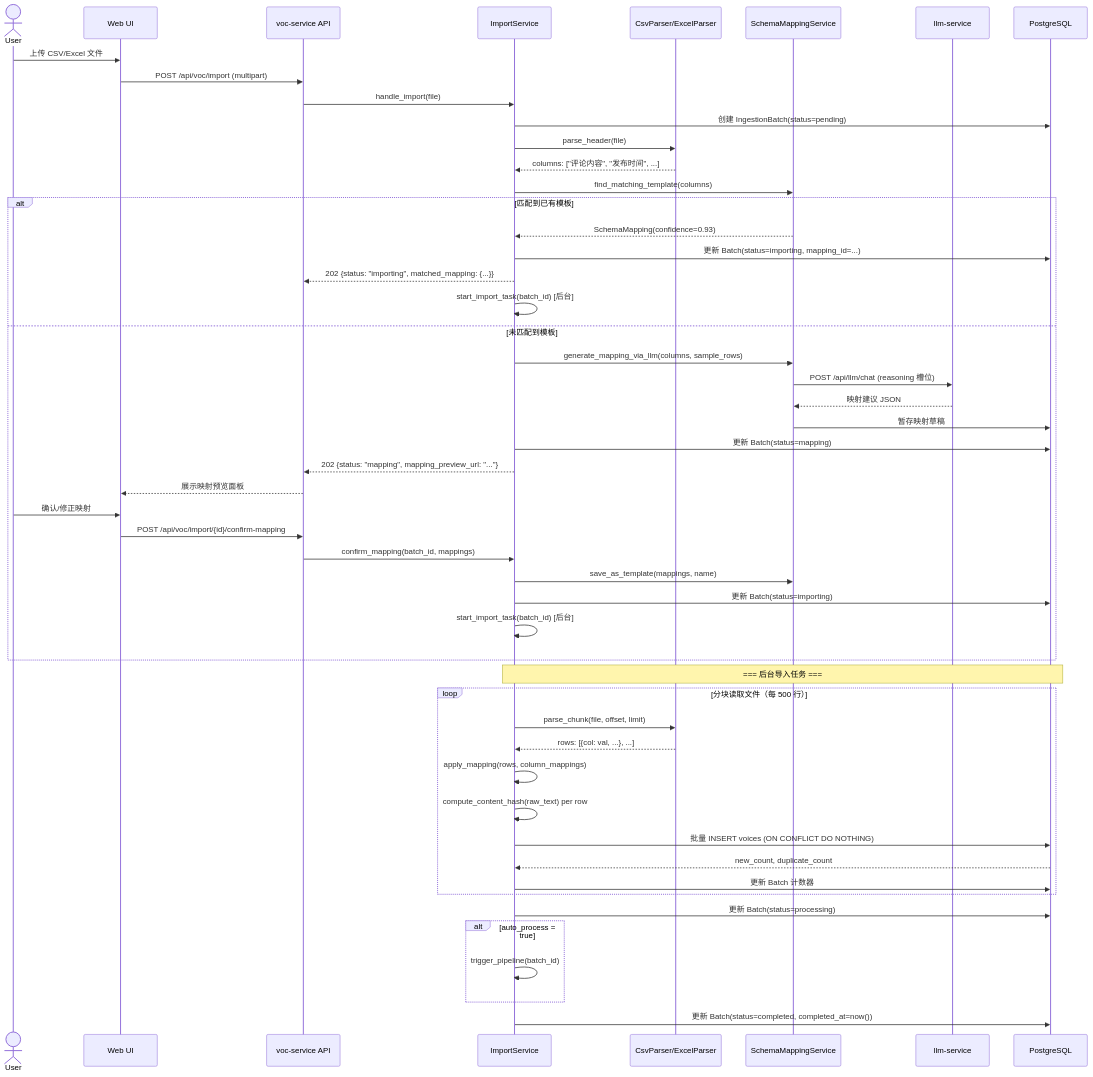
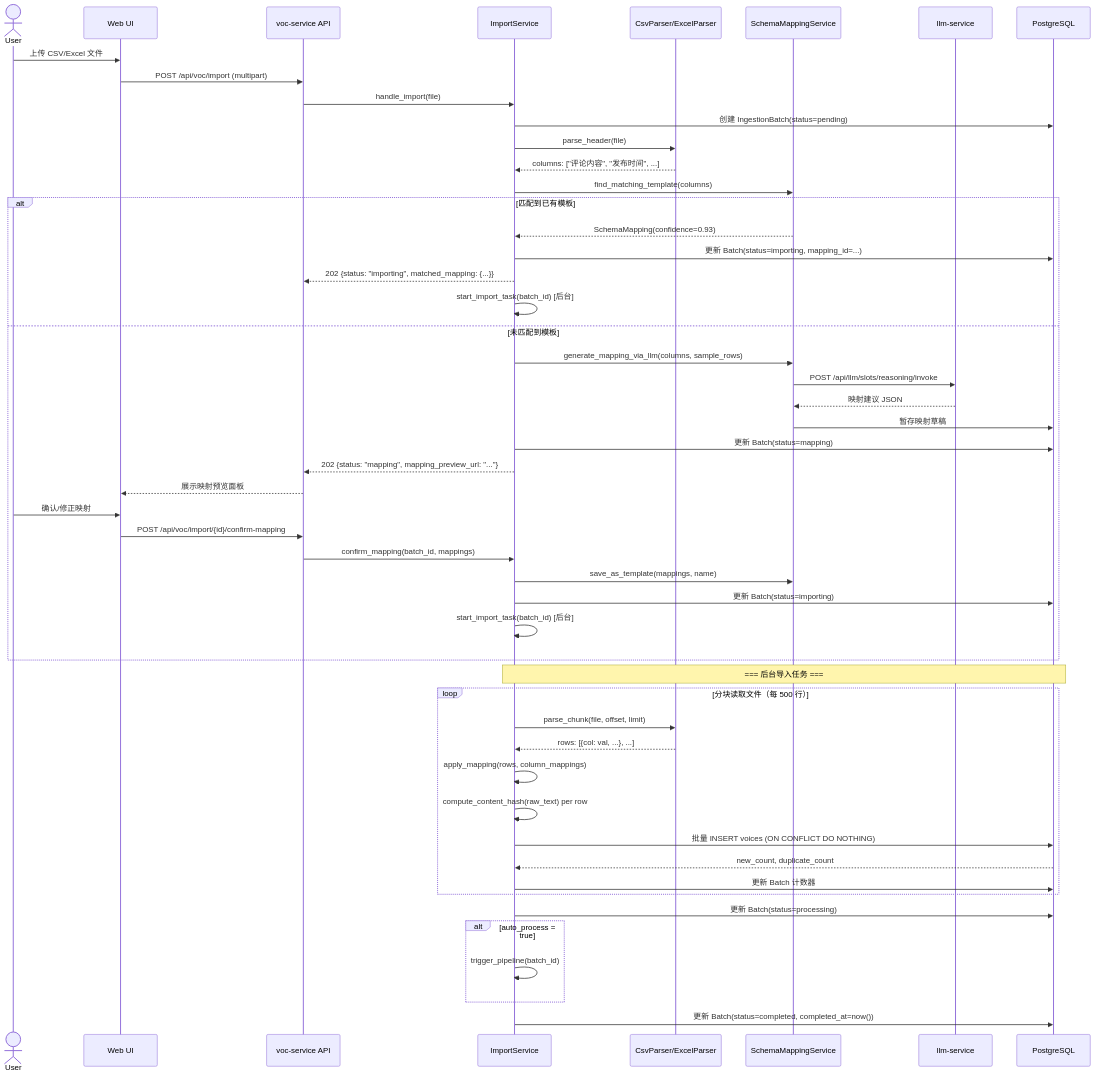
The first of 4 diagrams in docs/designs/voc-service/design.md (tianjon/prism-micro), drawn with Mermaid before and after one commit. The commit also changed other lines of this file, not shown here.

First line of the commit message:
docs: 修正 voc-service 设计文档中 LLM 端点与调用模式，对齐 llm-service 实际实现

````diff
--- a/docs/designs/voc-service/design.md
+++ b/docs/designs/voc-service/design.md
@@ -1032,62 +1032,62 @@
 ```mermaid
 sequenceDiagram
     actor User
     participant Web as Web UI
     participant API as voc-service API
     participant Core as ImportService
     participant Parser as CsvParser/ExcelParser
     participant Mapping as SchemaMappingService
     participant LLM as llm-service
     participant DB as PostgreSQL
 
     User->>Web: 上传 CSV/Excel 文件
     Web->>API: POST /api/voc/import (multipart)
     API->>Core: handle_import(file)
 
     Core->>DB: 创建 IngestionBatch(status=pending)
     Core->>Parser: parse_header(file)
     Parser-->>Core: columns: ["评论内容", "发布时间", ...]
 
     Core->>Mapping: find_matching_template(columns)
 
     alt 匹配到已有模板
         Mapping-->>Core: SchemaMapping(confidence=0.93)
         Core->>DB: 更新 Batch(status=importing, mapping_id=...)
         Core-->>API: 202 {status: "importing", matched_mapping: {...}}
         Core->>Core: start_import_task(batch_id) [后台]
     else 未匹配到模板
         Core->>Mapping: generate_mapping_via_llm(columns, sample_rows)
-        Mapping->>LLM: POST /api/llm/chat (reasoning 槽位)
+        Mapping->>LLM: POST /api/llm/slots/reasoning/invoke
         LLM-->>Mapping: 映射建议 JSON
         Mapping->>DB: 暂存映射草稿
         Core->>DB: 更新 Batch(status=mapping)
         Core-->>API: 202 {status: "mapping", mapping_preview_url: "..."}
         API-->>Web: 展示映射预览面板
         User->>Web: 确认/修正映射
         Web->>API: POST /api/voc/import/{id}/confirm-mapping
         API->>Core: confirm_mapping(batch_id, mappings)
         Core->>Mapping: save_as_template(mappings, name)
         Core->>DB: 更新 Batch(status=importing)
         Core->>Core: start_import_task(batch_id) [后台]
     end
 
     Note over Core,DB: === 后台导入任务 ===
 
     loop 分块读取文件（每 500 行）
         Core->>Parser: parse_chunk(file, offset, limit)
         Parser-->>Core: rows: [{col: val, ...}, ...]
         Core->>Core: apply_mapping(rows, column_mappings)
         Core->>Core: compute_content_hash(raw_text) per row
         Core->>DB: 批量 INSERT voices (ON CONFLICT DO NOTHING)
         DB-->>Core: new_count, duplicate_count
         Core->>DB: 更新 Batch 计数器
     end
 
     Core->>DB: 更新 Batch(status=processing)
 
     alt auto_process = true
         Core->>Core: trigger_pipeline(batch_id)
     end
 
     Core->>DB: 更新 Batch(status=completed, completed_at=now())
 ```
````
